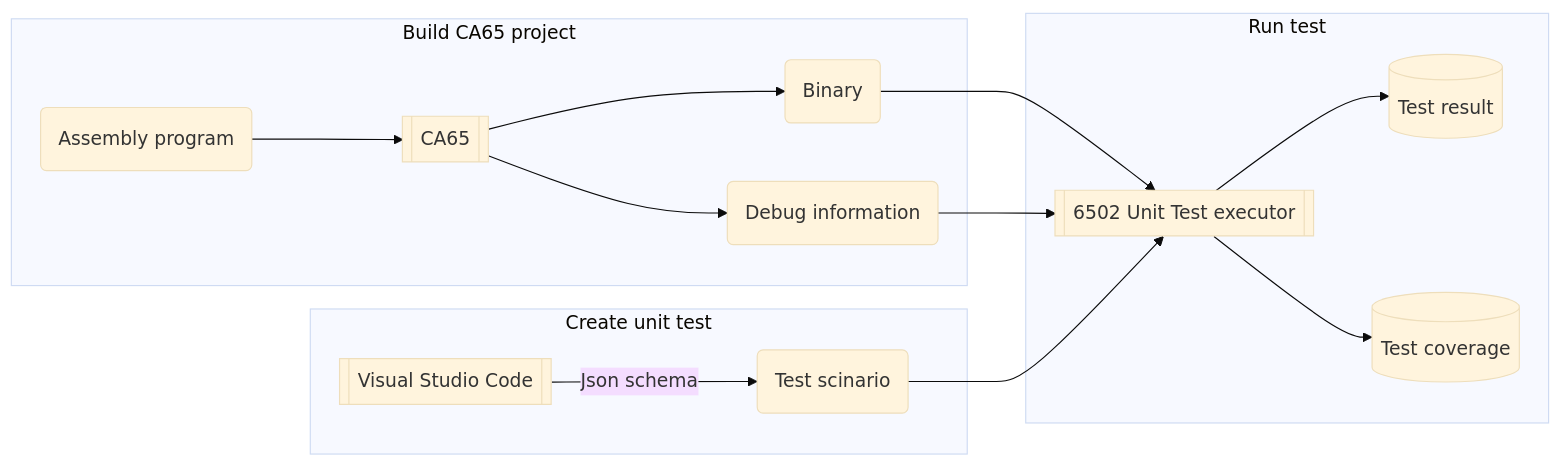
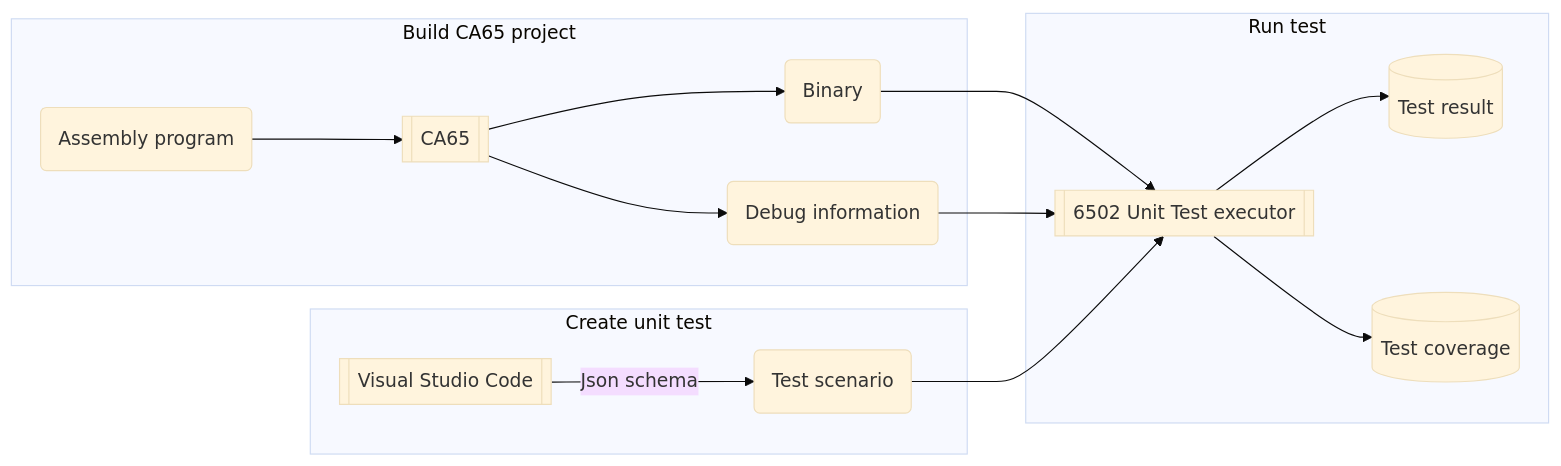
Before and after one commit to AsaiYusuke/6502_test_executor: the diagram in README.md, drawn with Mermaid (base theme). The commit also changed other lines of this file and 3 other files, not shown here.

````diff
--- a/README.md
+++ b/README.md
@@ -171,24 +171,24 @@
 ```mermaid
 flowchart LR;
   A(Assembly program);
   C[[CA65]];
   B(Binary);
   D(Debug information);
   V[[Visual Studio Code]];
-  S(Test scinario);
+  S(Test scenario);
   U[[6502 Unit Test executor]];
   R[(Test result)];
   L[(Test coverage)];
 
   subgraph Build CA65 project
     A --> C --> B & D;
   end
 
   subgraph Create unit test
     V -- Json schema --> S;
   end
 
   subgraph Run test
     B & D & S --> U --> R & L;
   end
 ```
````
